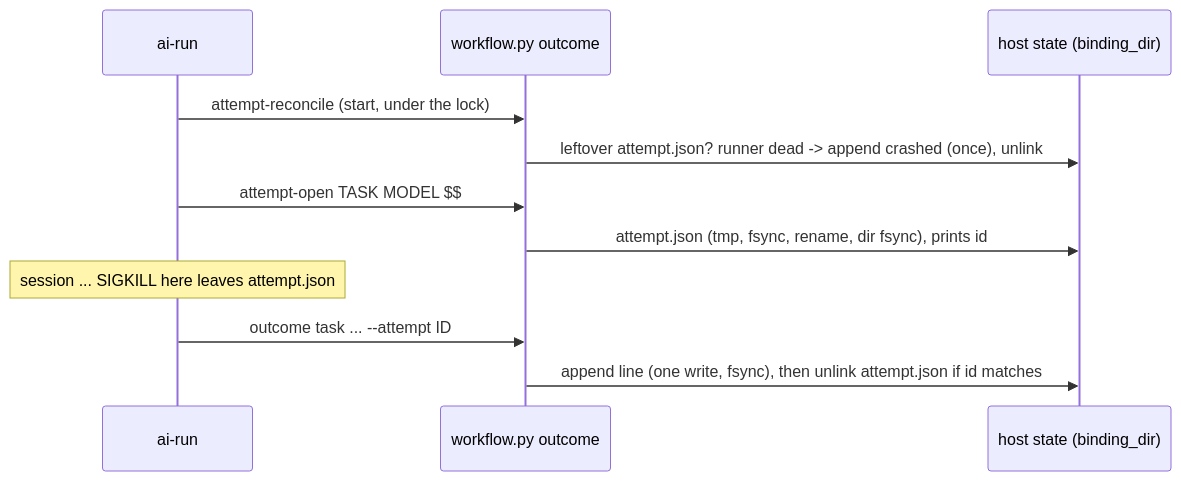
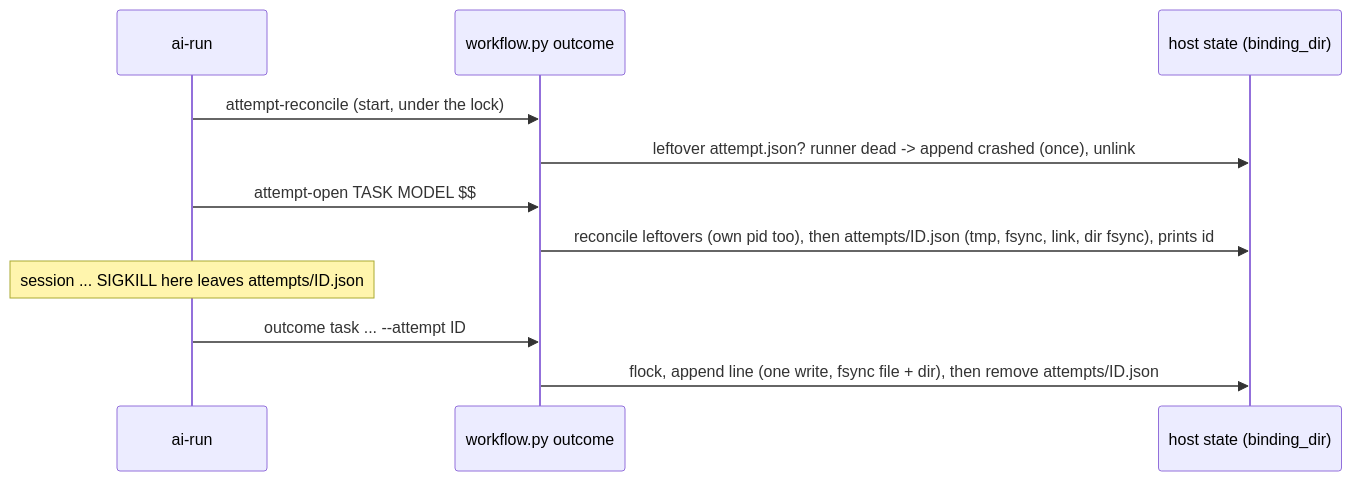
Before and after one commit to Muf454/agents: the diagram in .ai/current-plan.md, drawn with Mermaid. The commit also changed other lines of this file and 6 other files, not shown here.

````diff
--- a/.ai/current-plan.md
+++ b/.ai/current-plan.md
@@ -30,13 +30,13 @@
 ```mermaid
 sequenceDiagram
   participant R as ai-run
   participant H as workflow.py outcome
   participant S as host state (binding_dir)
   R->>H: attempt-reconcile (start, under the lock)
   H->>S: leftover attempt.json? runner dead -> append crashed (once), unlink
   R->>H: attempt-open TASK MODEL $$
-  H->>S: attempt.json (tmp, fsync, rename, dir fsync), prints id
-  Note over R: session ... SIGKILL here leaves attempt.json
+  H->>S: reconcile leftovers (own pid too), then attempts/ID.json (tmp, fsync, link, dir fsync), prints id
+  Note over R: session ... SIGKILL here leaves attempts/ID.json
   R->>H: outcome task ... --attempt ID
-  H->>S: append line (one write, fsync), then unlink attempt.json if id matches
+  H->>S: flock, append line (one write, fsync file + dir), then remove attempts/ID.json
 ```
````
